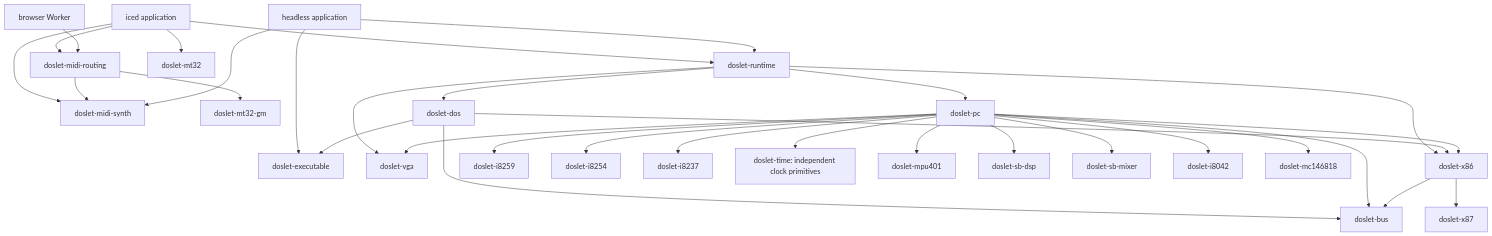
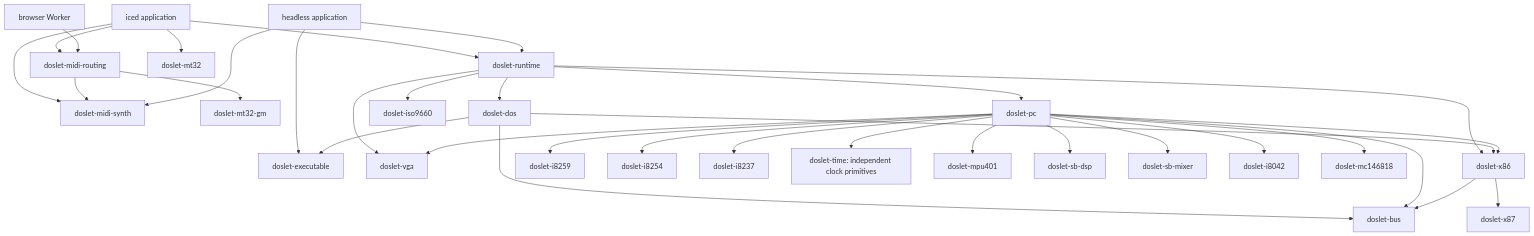
One commit to prekucki/doslet changed the diagram in docs/architecture.md. Above: the diagram before and after it, drawn with Mermaid. The commit also changed other lines of this file and 94 other files, not shown here.

````diff
--- a/docs/architecture.md
+++ b/docs/architecture.md
@@ -17,35 +29,36 @@
 ```mermaid
 graph TD
   UI[iced application] --> Runtime[doslet-runtime]
   UI --> Synth[doslet-midi-synth]
   UI --> Routing[doslet-midi-routing]
   Worker[browser Worker] --> Routing
   Routing --> Translator[doslet-mt32-gm]
   Routing --> Synth
   UI --> Moont[doslet-mt32]
   CLI[headless application] --> Runtime
   CLI --> Synth
   CLI --> Executable[doslet-executable]
   Runtime --> PC[doslet-pc]
   Runtime --> DOS[doslet-dos]
+  Runtime --> ISO[doslet-iso9660]
   Runtime --> VGA[doslet-vga]
   Runtime --> CPU[doslet-x86]
   DOS --> CPU
   DOS --> Bus[doslet-bus]
   DOS --> Executable[doslet-executable]
   PC --> CPU
   PC --> Bus
   PC --> VGA
   PC --> PIC[doslet-i8259]
   PC --> PIT[doslet-i8254]
   PC --> DMA[doslet-i8237]
   PC --> Time[doslet-time]
   PC --> MPU[doslet-mpu401]
   PC --> DSP[doslet-sb-dsp]
   PC --> Mixer[doslet-sb-mixer]
   PC --> KBC[doslet-i8042]
   PC --> CMOS[doslet-mc146818]
   CPU --> Bus
   CPU --> X87[doslet-x87]
   Time[doslet-time: independent clock primitives]
 ```
````
